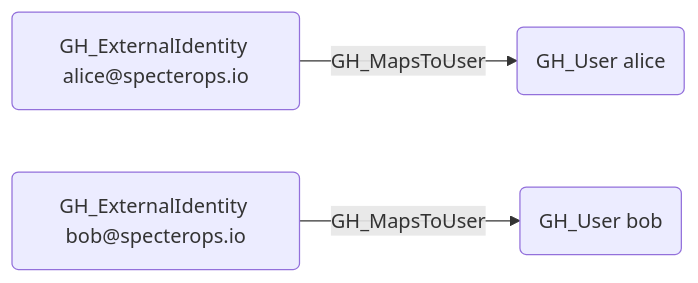
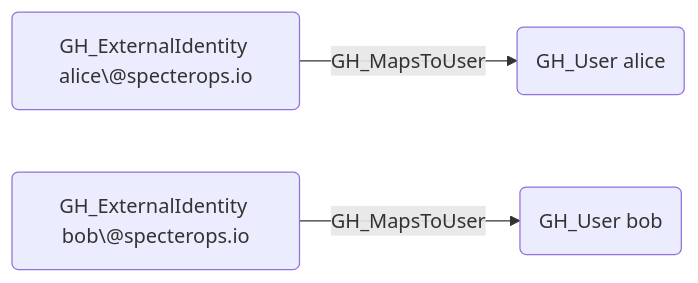
Before and after one commit to SpecterOps/bloodhound-docs: the diagram in docs/opengraph/extensions/githound/reference/edges/gh_mapstouser.mdx, drawn with Mermaid. The commit also changed 5 other files, not shown here.

Commit message:
fix mermaid diagrams with @

````diff
--- a/docs/opengraph/extensions/githound/reference/edges/gh_mapstouser.mdx
+++ b/docs/opengraph/extensions/githound/reference/edges/gh_mapstouser.mdx
@@ -18,9 +18,9 @@
 ```mermaid
 graph LR
-    extId1("GH_ExternalIdentity alice@specterops.io")
-    extId2("GH_ExternalIdentity bob@specterops.io")
+    extId1("GH_ExternalIdentity alice\@specterops.io")
+    extId2("GH_ExternalIdentity bob\@specterops.io")
     user1("GH_User alice")
     user2("GH_User bob")
     extId1 -- GH_MapsToUser --> user1
     extId2 -- GH_MapsToUser --> user2
 ```
````
